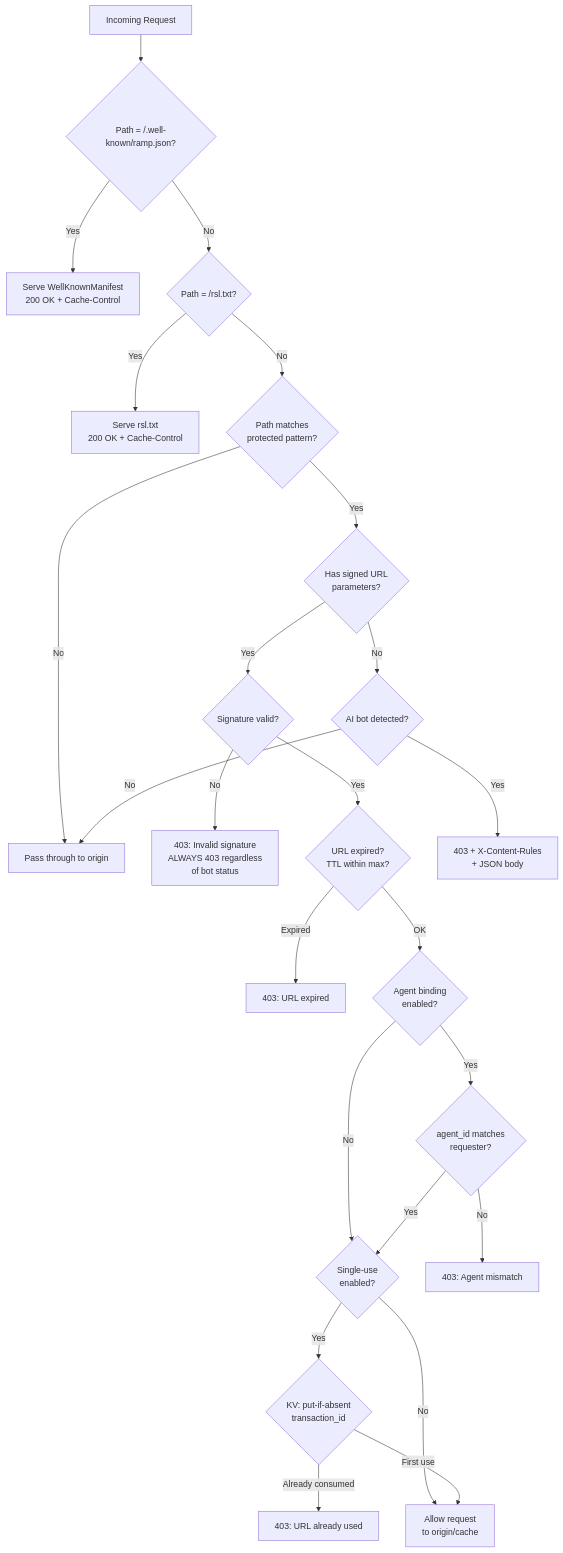
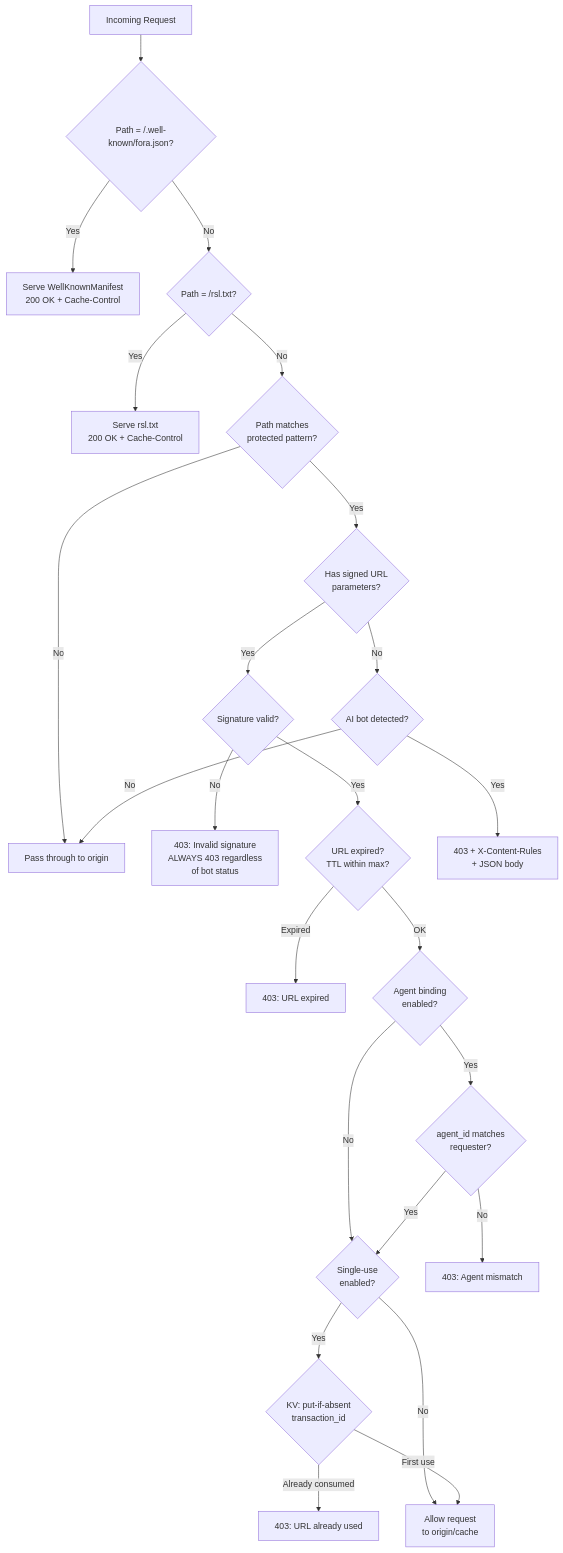
The diagram in website/src/content/docs/components/edge-function/overview.mdx (FORA-Protocol/protocol), drawn with Mermaid before and after one commit. The commit also changed other lines of this file and 529 other files, not shown here.

First line of the commit message:
Rename the protocol from RAMP to FORA

````diff
--- a/website/src/content/docs/components/edge-function/overview.mdx
+++ b/website/src/content/docs/components/edge-function/overview.mdx
@@ -45,26 +45,26 @@
 ```mermaid
 flowchart TD
-    REQ[Incoming Request] --> RAMP_JSON{Path = /.well-known/ramp.json?}
-    RAMP_JSON -->|Yes| SERVE_MANIFEST[Serve WellKnownManifest<br/>200 OK + Cache-Control]
-    RAMP_JSON -->|No| RSL_TXT{Path = /rsl.txt?}
+    REQ[Incoming Request] --> FORA_JSON{Path = /.well-known/fora.json?}
+    FORA_JSON -->|Yes| SERVE_MANIFEST[Serve WellKnownManifest<br/>200 OK + Cache-Control]
+    FORA_JSON -->|No| RSL_TXT{Path = /rsl.txt?}
     RSL_TXT -->|Yes| SERVE_RSL[Serve rsl.txt<br/>200 OK + Cache-Control]
     RSL_TXT -->|No| PROTECTED{Path matches<br/>protected pattern?}
     PROTECTED -->|No| PASSTHROUGH[Pass through to origin]
     PROTECTED -->|Yes| HAS_SIG{Has signed URL<br/>parameters?}
     HAS_SIG -->|Yes| VERIFY_SIG{Signature valid?}
     VERIFY_SIG -->|No| BLOCK_INVALID[403: Invalid signature<br/>ALWAYS 403 regardless<br/>of bot status]
     VERIFY_SIG -->|Yes| CHECK_EXPIRY{URL expired?<br/>TTL within max?}
     CHECK_EXPIRY -->|Expired| BLOCK_EXPIRED[403: URL expired]
     CHECK_EXPIRY -->|OK| CHECK_AGENT{Agent binding<br/>enabled?}
     CHECK_AGENT -->|Yes| VERIFY_AGENT{agent_id matches<br/>requester?}
     CHECK_AGENT -->|No| CHECK_SINGLE_USE
     VERIFY_AGENT -->|No| BLOCK_AGENT[403: Agent mismatch]
     VERIFY_AGENT -->|Yes| CHECK_SINGLE_USE{Single-use<br/>enabled?}
     CHECK_SINGLE_USE -->|Yes| KV_CHECK{KV: put-if-absent<br/>transaction_id}
     CHECK_SINGLE_USE -->|No| ALLOW[Allow request<br/>to origin/cache]
     KV_CHECK -->|Already consumed| BLOCK_REUSE[403: URL already used]
     KV_CHECK -->|First use| ALLOW
     HAS_SIG -->|No| IS_BOT{AI bot detected?}
     IS_BOT -->|Yes| BLOCK_BOT[403 + X-Content-Rules<br/>+ JSON body]
     IS_BOT -->|No| PASSTHROUGH
 ```
````
